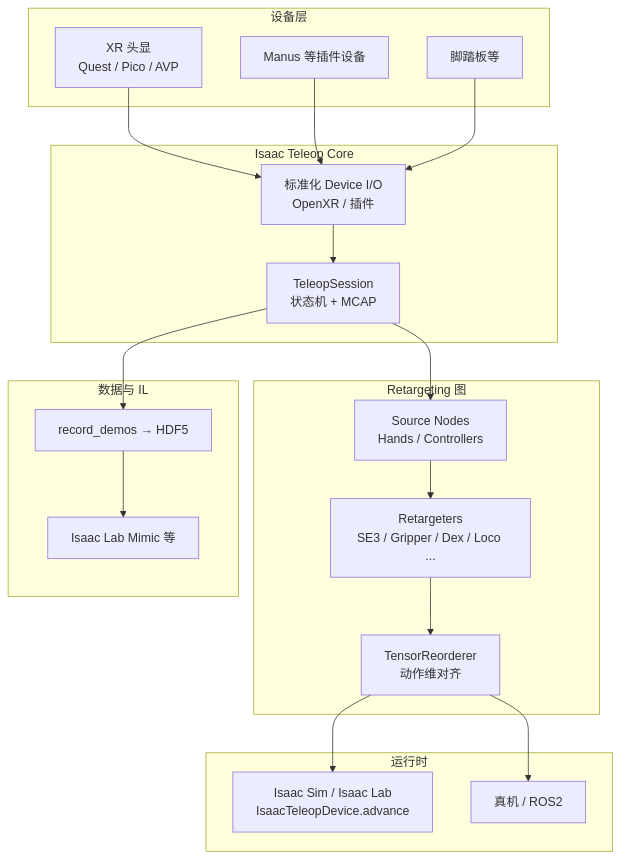
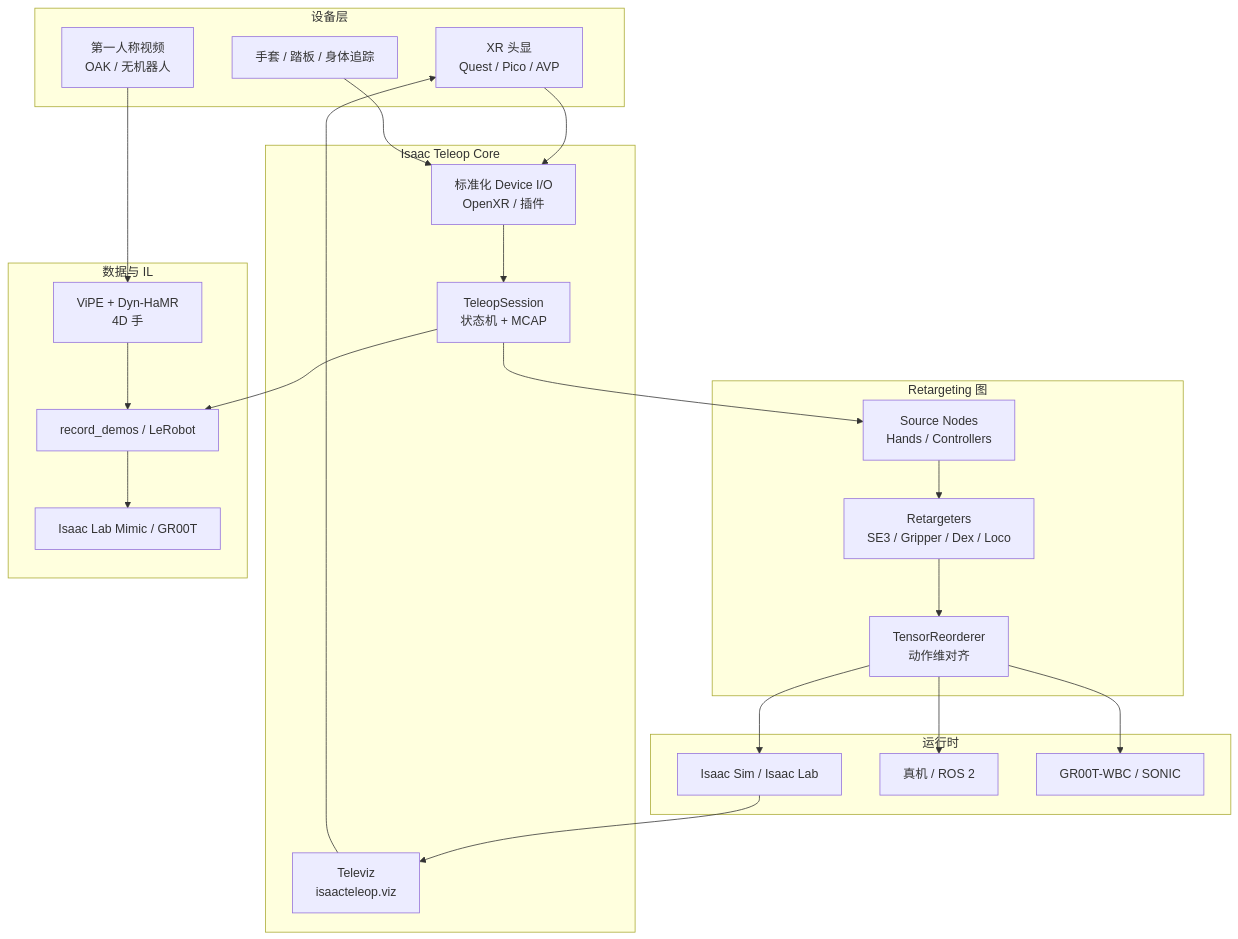
One commit to ImChong/Robotics_Notebooks changed the diagram in wiki/entities/isaac-teleop.md. Above: the diagram before and after it, drawn with Mermaid. The commit also changed other lines of this file and 16 other files, not shown here.

Commit message:
[2026-09-05] ingest | sources/repos/nvidia_isaac_teleop.md — 复核 Isaac Teleop 1.5.x 文档并补 Televiz / 无标记手重建

````diff
--- a/wiki/entities/isaac-teleop.md
+++ b/wiki/entities/isaac-teleop.md
@@ -51,34 +70,41 @@
 ```mermaid
 flowchart TB
   subgraph devices [设备层]
     XR[XR 头显\nQuest / Pico / AVP]
-    GLOVE[Manus 等插件设备]
-    PEDAL[脚踏板等]
+    GLOVE[手套 / 踏板 / 身体追踪]
+    EGO[第一人称视频\nOAK / 无机器人]
   end
   subgraph teleop_core [Isaac Teleop Core]
-  DEVIO[标准化 Device I/O\nOpenXR / 插件]
-  SESS[TeleopSession\n状态机 + MCAP]
+    DEVIO[标准化 Device I/O\nOpenXR / 插件]
+    SESS[TeleopSession\n状态机 + MCAP]
+    VIZ[Televiz\nisaacteleop.viz]
   end
   subgraph graph [Retargeting 图]
     SRC[Source Nodes\nHands / Controllers]
-    RT[Retargeters\nSE3 / Gripper / Dex / Loco ...]
+    RT[Retargeters\nSE3 / Gripper / Dex / Loco]
     TR[TensorReorderer\n动作维对齐]
   end
   subgraph runtimes [运行时]
-    SIM[Isaac Sim / Isaac Lab\nIsaacTeleopDevice.advance]
-    REAL[真机 / ROS2]
+    SIM[Isaac Sim / Isaac Lab]
+    REAL[真机 / ROS 2]
+    SONIC[GR00T-WBC / SONIC]
   end
   subgraph data [数据与 IL]
-    DEMO[record_demos → HDF5]
-    IL[Isaac Lab Mimic 等]
+    DEMO[record_demos / LeRobot]
+    HAND[ViPE + Dyn-HaMR\n4D 手]
+    IL[Isaac Lab Mimic / GR00T]
   end
   XR --> DEVIO
   GLOVE --> DEVIO
-  PEDAL --> DEVIO
+  EGO --> HAND
   DEVIO --> SESS
   SESS --> SRC
   SRC --> RT --> TR
   TR --> SIM
   TR --> REAL
+  TR --> SONIC
   SESS --> DEMO --> IL
+  HAND --> DEMO
+  VIZ --> XR
+  SIM --> VIZ
 ```
````
